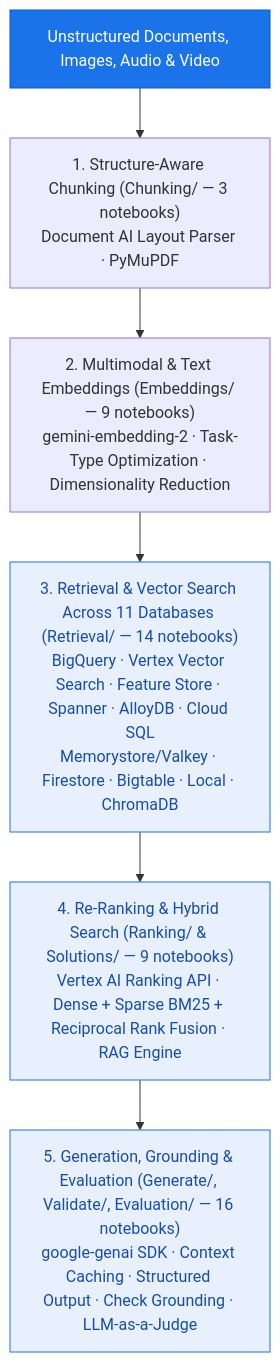
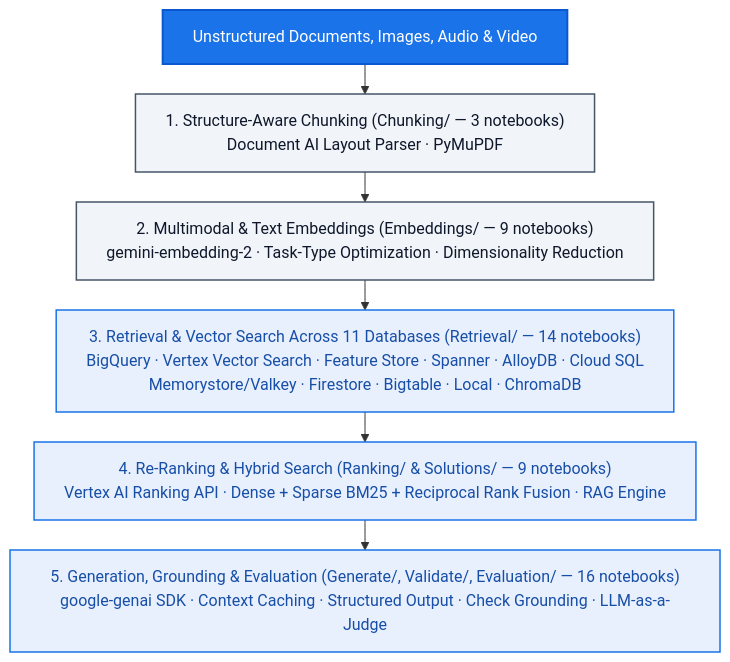
The diagram in Applied GenAI/readme.md (statmike/gcp-mlops), drawn with Mermaid before and after one commit. The commit also changed 5 other files, not shown here.

Commit message:
docs: update Gemini Enterprise naming lineage and fix Mermaid contrast/wrapping across all 6 diagrams

````diff
--- a/Applied GenAI/readme.md
+++ b/Applied GenAI/readme.md
@@ -46,14 +46,17 @@
 ```mermaid
+%%{init: {'flowchart': {'wrappingWidth': 650, 'nodeSpacing': 25, 'rankSpacing': 30}}}%%
 flowchart TD
     Docs["Unstructured Documents, Images, Audio & Video"]
     Docs --> Chunk["1. Structure-Aware Chunking (Chunking/ — 3 notebooks)<br/>Document AI Layout Parser · PyMuPDF"]
     Chunk --> Embed["2. Multimodal & Text Embeddings (Embeddings/ — 9 notebooks)<br/>gemini-embedding-2 · Task-Type Optimization · Dimensionality Reduction"]
     Embed --> Retrieve["3. Retrieval & Vector Search Across 11 Databases (Retrieval/ — 14 notebooks)<br/>BigQuery · Vertex Vector Search · Feature Store · Spanner · AlloyDB · Cloud SQL<br/>Memorystore/Valkey · Firestore · Bigtable · Local · ChromaDB"]
     Retrieve --> Rank["4. Re-Ranking & Hybrid Search (Ranking/ & Solutions/ — 9 notebooks)<br/>Vertex AI Ranking API · Dense + Sparse BM25 + Reciprocal Rank Fusion · RAG Engine"]
     Rank --> Gen["5. Generation, Grounding & Evaluation (Generate/, Validate/, Evaluation/ — 16 notebooks)<br/>google-genai SDK · Context Caching · Structured Output · Check Grounding · LLM-as-a-Judge"]
 
-    classDef top fill:#1a73e8,stroke:#0b57d0,color:#fff
-    classDef stage fill:#e8f0fe,stroke:#1a73e8,color:#174ea6
+    classDef top fill:#1a73e8,stroke:#0b57d0,stroke-width:2px,color:#ffffff
+    classDef stage fill:#e8f0fe,stroke:#1a73e8,stroke-width:1.5px,color:#174ea6
+    classDef detail fill:#f1f5f9,stroke:#475569,stroke-width:1.5px,color:#0f172a
     class Docs top
     class Retrieve,Rank,Gen stage
+    class Chunk,Embed detail
 ```
````
